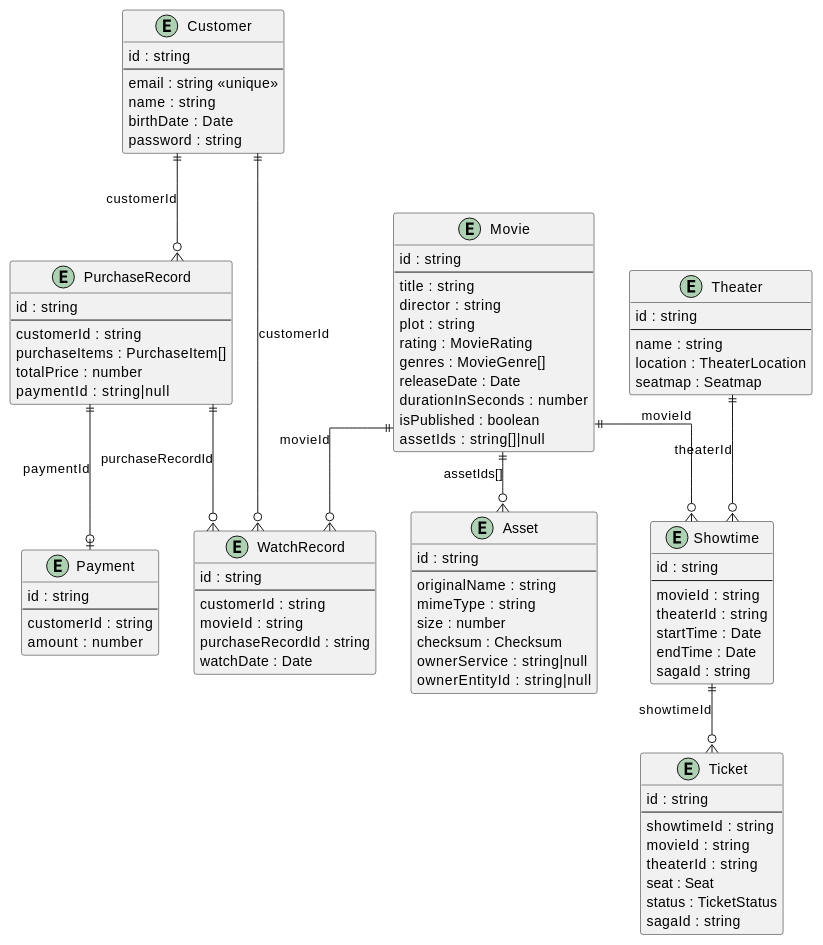
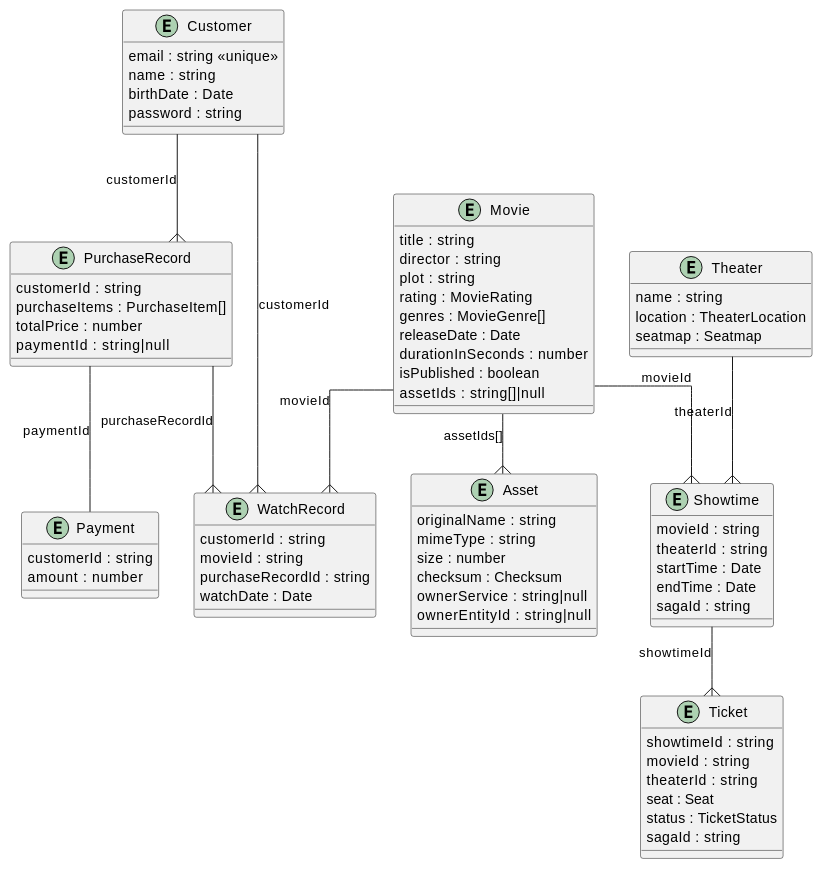
Before and after one commit to mannercode/nest-seed: the diagram in docs/designs/entities.md, drawn with PlantUML. The commit also changed 6 other files, not shown here.

````diff
--- a/docs/designs/entities.md
+++ b/docs/designs/entities.md
@@ -17,8 +17,6 @@
 skinparam linetype ortho
 
 entity "Customer" {
-    id : string
-    --
     email : string <<unique>>
     name : string
     birthDate : Date
@@ -26,8 +24,6 @@
 }
 
 entity "Movie" {
-    id : string
-    --
     title : string
     director : string
     plot : string
@@ -40,16 +36,12 @@
 }
 
 entity "Theater" {
-    id : string
-    --
     name : string
     location : TheaterLocation
     seatmap : Seatmap
 }
 
 entity "Showtime" {
-    id : string
-    --
     movieId : string
     theaterId : string
     startTime : Date
@@ -58,8 +50,6 @@
 }
 
 entity "Ticket" {
-    id : string
-    --
     showtimeId : string
     movieId : string
     theaterId : string
@@ -69,8 +59,6 @@
 }
 
 entity "PurchaseRecord" {
-    id : string
-    --
     customerId : string
     purchaseItems : PurchaseItem[]
     totalPrice : number
@@ -78,8 +66,6 @@
 }
 
 entity "WatchRecord" {
-    id : string
-    --
     customerId : string
     movieId : string
     purchaseRecordId : string
@@ -87,15 +73,11 @@
 }
 
 entity "Payment" {
-    id : string
-    --
     customerId : string
     amount : number
 }
 
 entity "Asset" {
-    id : string
-    --
     originalName : string
     mimeType : string
     size : number
@@ -104,15 +86,15 @@
     ownerEntityId : string|null
 }
 
-Movie ||--o{ Showtime : movieId
-Theater ||--o{ Showtime : theaterId
-Showtime ||--o{ Ticket : showtimeId
-Customer ||--o{ PurchaseRecord : customerId
-Customer ||--o{ WatchRecord : customerId
-Movie ||--o{ WatchRecord : movieId
-PurchaseRecord ||--o| Payment : paymentId
-PurchaseRecord ||--o{ WatchRecord : purchaseRecordId
-Movie ||--o{ Asset : "assetIds[]"
+Movie --{ Showtime : movieId
+Theater --{ Showtime : theaterId
+Showtime --{ Ticket : showtimeId
+Customer --{ PurchaseRecord : customerId
+Customer --{ WatchRecord : customerId
+Movie --{ WatchRecord : movieId
+PurchaseRecord -- Payment : paymentId
+PurchaseRecord --{ WatchRecord : purchaseRecordId
+Movie --{ Asset : "assetIds[]"
 
 @enduml
 ```
````
